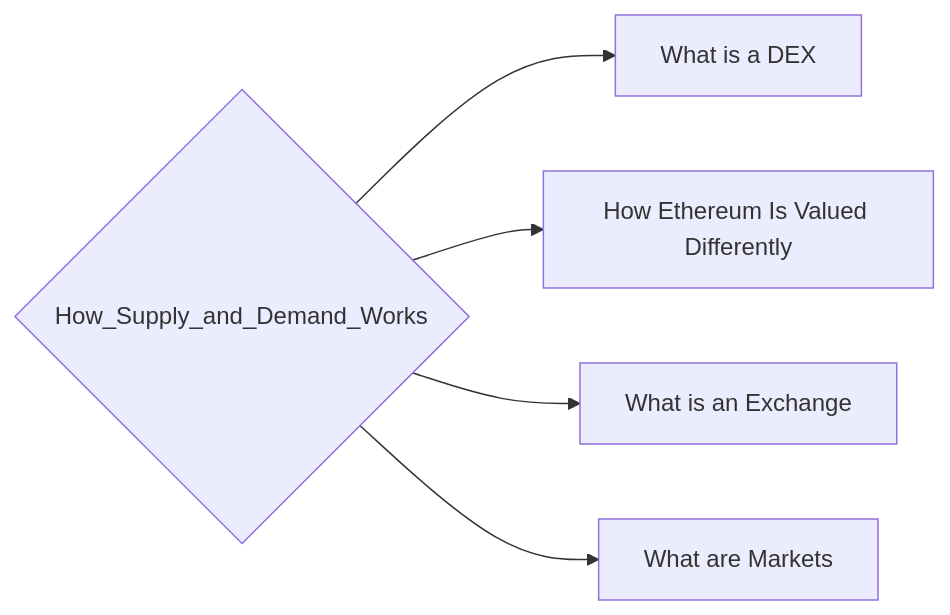
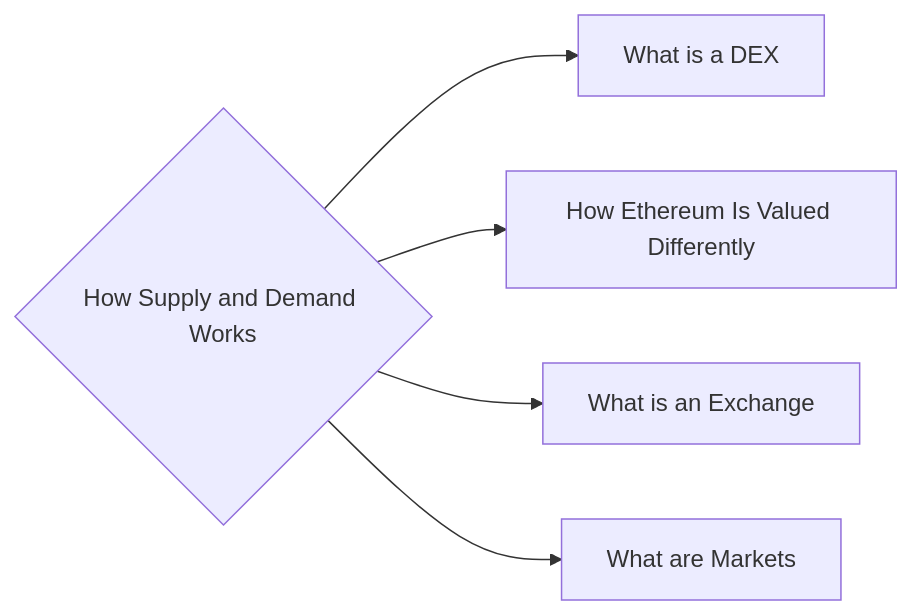
The diagram in notes/How_Supply_and_Demand_Works.md (lpurdy01/crypto-knowledge-map), drawn with Mermaid before and after one commit. The commit also changed 58 other files, not shown here.

````diff
--- a/notes/How_Supply_and_Demand_Works.md
+++ b/notes/How_Supply_and_Demand_Works.md
@@ -6,7 +6,7 @@
 ```mermaid
 graph LR
-0{"How_Supply_and_Demand_Works"}-->1["What is a DEX"]
-0{"How_Supply_and_Demand_Works"}-->2["How Ethereum Is Valued Differently"]
-0{"How_Supply_and_Demand_Works"}-->3["What is an Exchange"]
-0{"How_Supply_and_Demand_Works"}-->4["What are Markets"]
+0{"How Supply and Demand Works"}-->1["What is a DEX"]
+0{"How Supply and Demand Works"}-->2["How Ethereum Is Valued Differently"]
+0{"How Supply and Demand Works"}-->3["What is an Exchange"]
+0{"How Supply and Demand Works"}-->4["What are Markets"]
 ```
````
